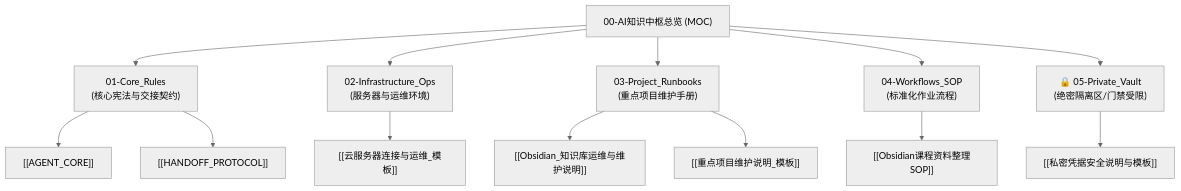
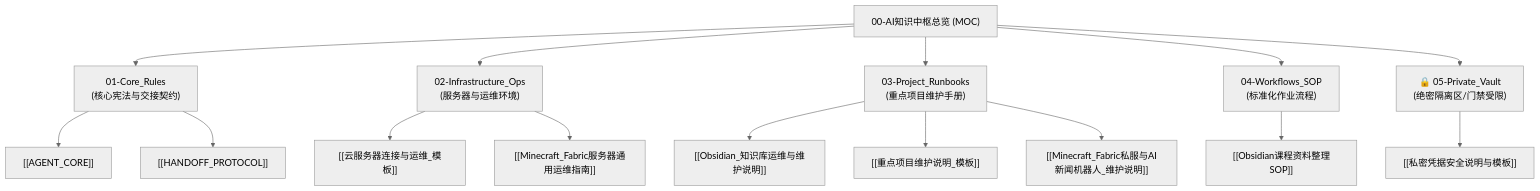
The diagram in 09-AI_Knowledge_Hub/00-AI知识中枢总览.md (X-8871/Obsidian), drawn with Mermaid (neutral theme) before and after one commit. The commit also changed other lines of this file and 2 other files, not shown here.

Commit message:
docs: 补充 Minecraft 项目维护与通用运维指南

````diff
--- a/09-AI_Knowledge_Hub/00-AI知识中枢总览.md
+++ b/09-AI_Knowledge_Hub/00-AI知识中枢总览.md
@@ -96,18 +98,20 @@
 ```mermaid
 graph TD
     Hub["00-AI知识中枢总览 (MOC)"]
     
     Hub --> R["01-Core_Rules<br/>(核心宪法与交接契约)"]
     Hub --> O["02-Infrastructure_Ops<br/>(服务器与运维环境)"]
     Hub --> P["03-Project_Runbooks<br/>(重点项目维护手册)"]
     Hub --> W["04-Workflows_SOP<br/>(标准化作业流程)"]
     Hub --> V["🔒 05-Private_Vault<br/>(绝密隔离区/门禁受限)"]
 
     R --> R1["[[AGENT_CORE]]"]
     R --> R2["[[HANDOFF_PROTOCOL]]"]
     O --> O1["[[云服务器连接与运维_模板]]"]
+    O --> O2["[[Minecraft_Fabric服务器通用运维指南]]"]
     P --> P1["[[Obsidian_知识库运维与维护说明]]"]
     P --> P2["[[重点项目维护说明_模板]]"]
+    P --> P3["[[Minecraft_Fabric私服与AI新闻机器人_维护说明]]"]
     W --> W1["[[Obsidian课程资料整理SOP]]"]
     V --> V1["[[私密凭据安全说明与模板]]"]
 ```
````
